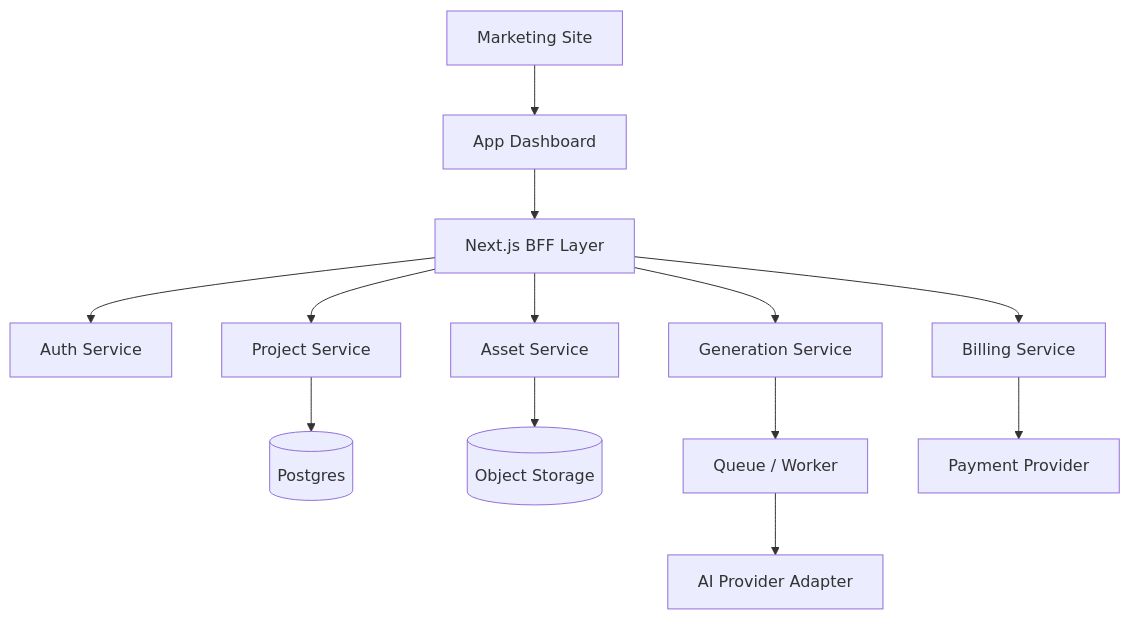
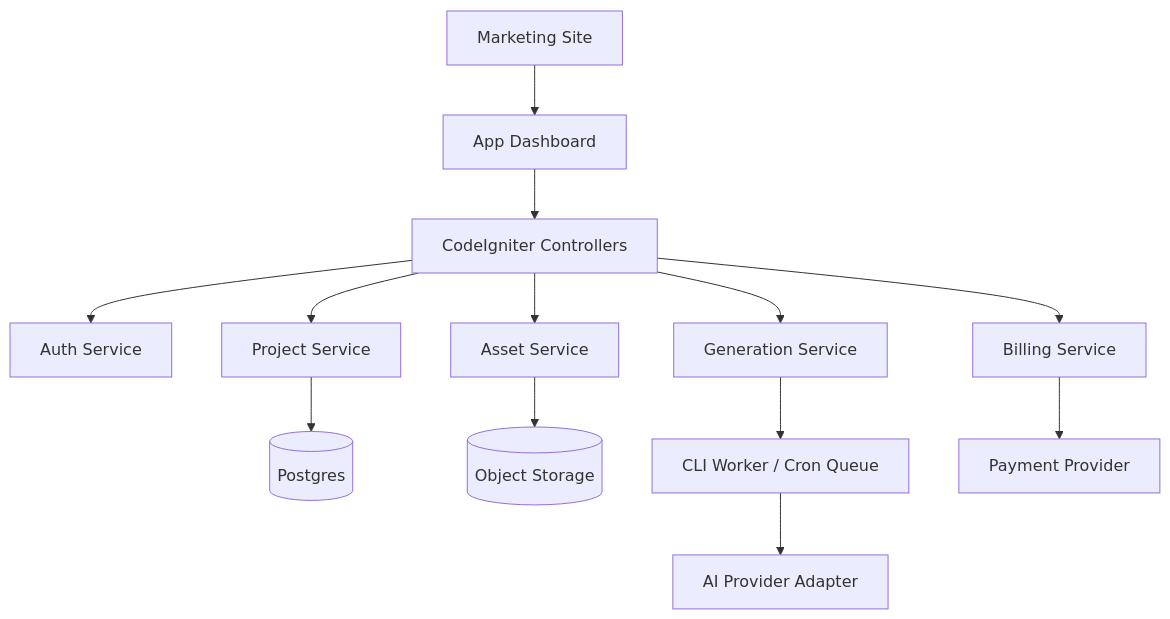
One commit to mrfongorg/fit-renov changed the first of 4 diagrams in docs/ai-interior-saas/DESIGN_ai-interior-saas.md. Above: the diagram before and after it, drawn with Mermaid. The commit also changed other lines of this file and 3 other files, not shown here.

````diff
--- a/docs/ai-interior-saas/DESIGN_ai-interior-saas.md
+++ b/docs/ai-interior-saas/DESIGN_ai-interior-saas.md
@@ -16,15 +16,15 @@
 ```mermaid
 flowchart TD
     A[Marketing Site] --> B[App Dashboard]
-    B --> C[Next.js BFF Layer]
+    B --> C[CodeIgniter Controllers]
     C --> D[Auth Service]
     C --> E[Project Service]
     C --> F[Asset Service]
     C --> G[Generation Service]
     C --> H[Billing Service]
     E --> I[(Postgres)]
     F --> J[(Object Storage)]
-    G --> K[Queue / Worker]
+    G --> K[CLI Worker / Cron Queue]
     K --> L[AI Provider Adapter]
     H --> M[Payment Provider]
 ```
````
